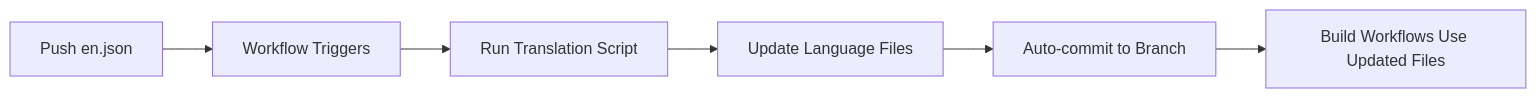
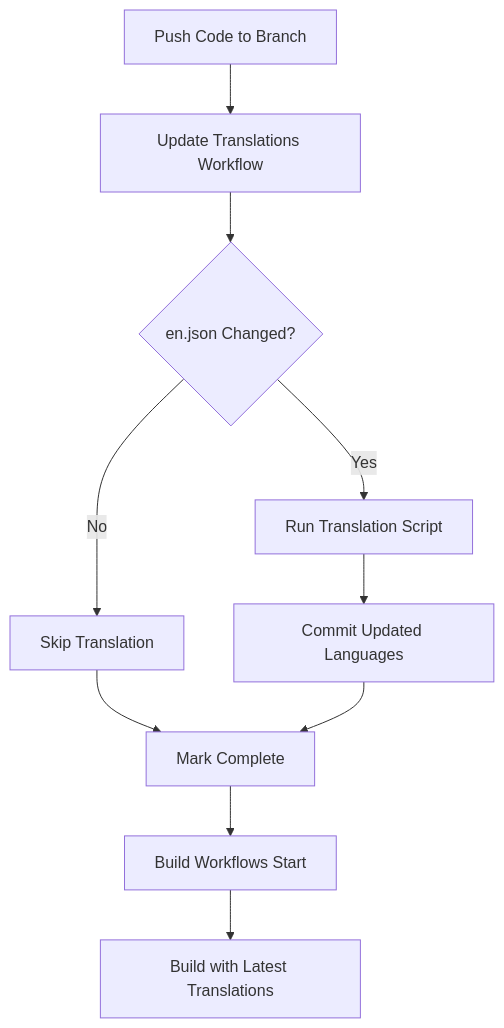
The diagram in scripts/translations/README.md (openobserve/openobserve), drawn with Mermaid before and after one commit. The commit also changed other lines of this file and 2 other files, not shown here.

Commit message:
ci: added workflow to udpate the language conversion

````diff
--- a/scripts/translations/README.md
+++ b/scripts/translations/README.md
@@ -167,8 +167,12 @@
 ```mermaid
-graph LR
-    A[Push en.json] --> B[Workflow Triggers]
-    B --> C[Run Translation Script]
-    C --> D[Update Language Files]
-    D --> E[Auto-commit to Branch]
-    E --> F[Build Workflows Use Updated Files]
+graph TD
+    A[Push Code to Branch] --> B[Update Translations Workflow]
+    B --> C{en.json Changed?}
+    C -->|Yes| D[Run Translation Script]
+    C -->|No| E[Skip Translation]
+    D --> F[Commit Updated Languages]
+    E --> G[Mark Complete]
+    F --> G
+    G --> H[Build Workflows Start]
+    H --> I[Build with Latest Translations]
 ```
````
